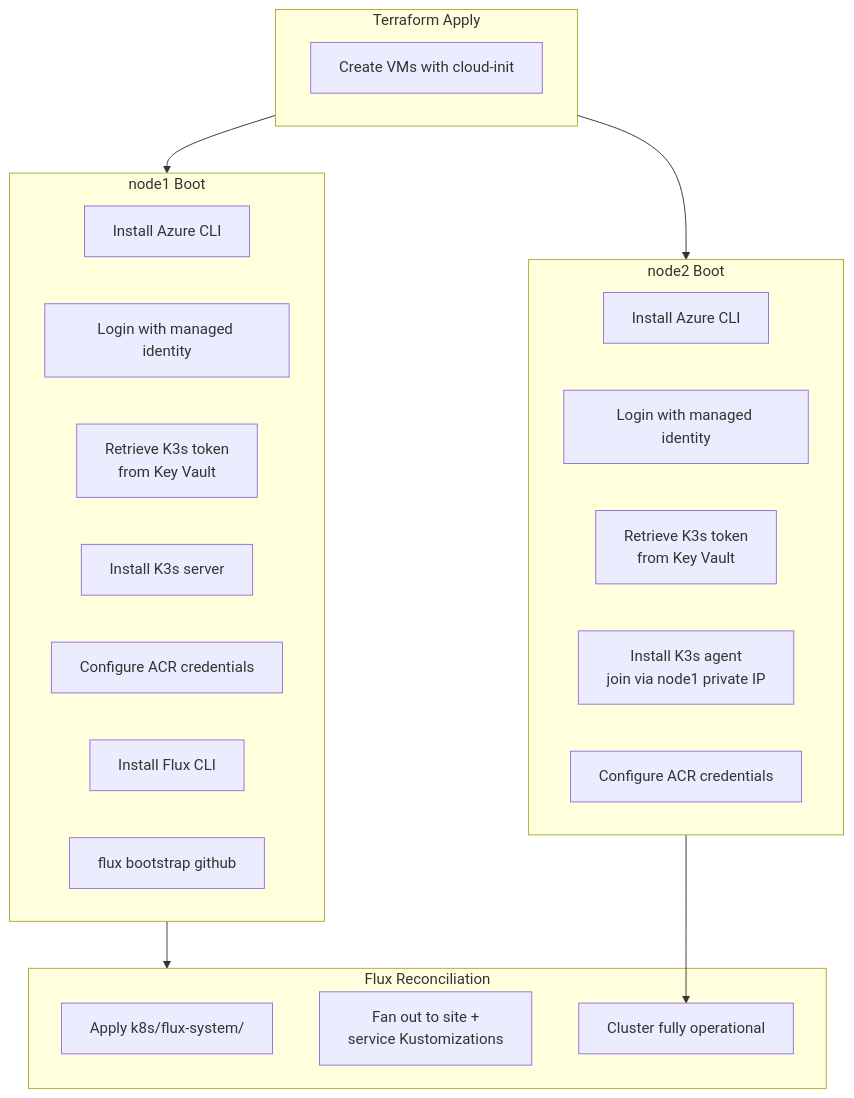
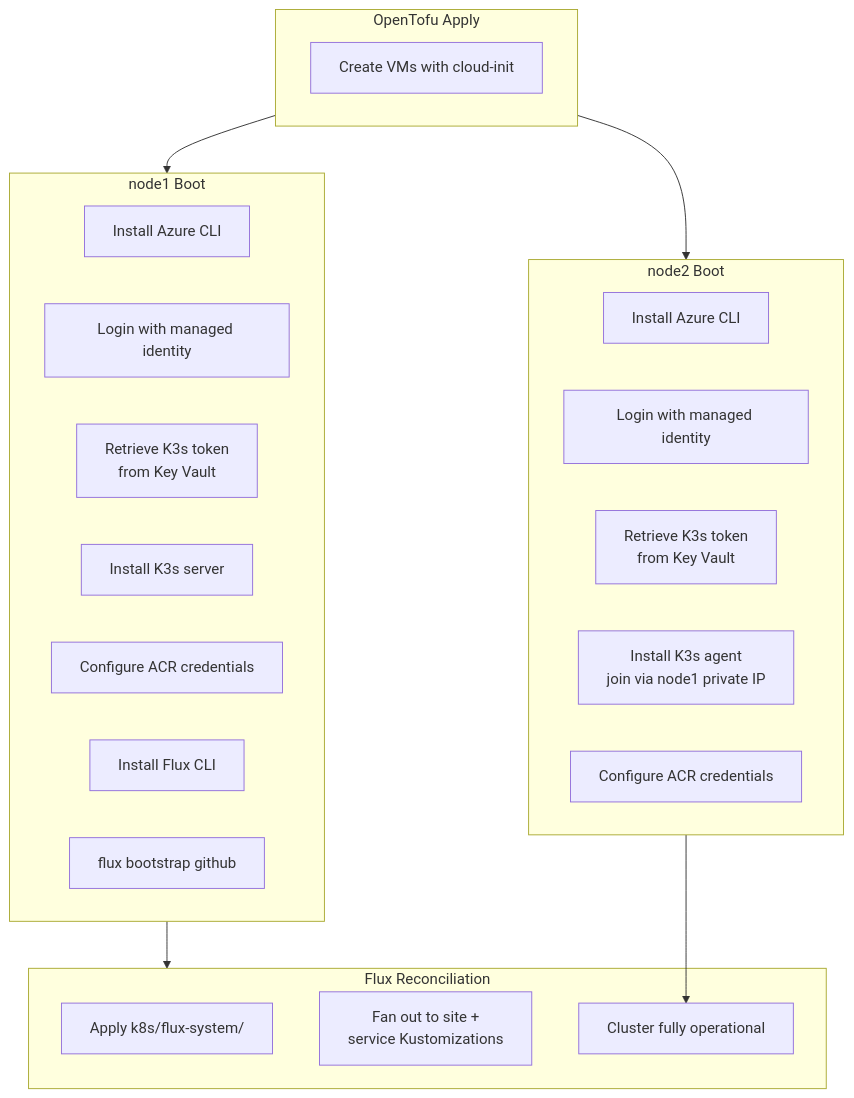
Before and after one commit to kevin-ryan-associates/kra-platform: the second of 3 diagrams in docs/k3s.md, drawn with Mermaid. The commit also changed other lines of this file and 23 other files, not shown here.

First line of the commit message:
[kra-24] Migrate Terraform to OpenTofu (ADR-025)

````diff
--- a/docs/k3s.md
+++ b/docs/k3s.md
@@ -121,34 +121,34 @@
 ```mermaid
 graph TD
-    subgraph tf["Terraform Apply"]
+    subgraph tf["OpenTofu Apply"]
         A["Create VMs with cloud-init"]
     end
 
     subgraph n1boot["node1 Boot"]
         B["Install Azure CLI"]
         C["Login with managed identity"]
         D["Retrieve K3s token<br/>from Key Vault"]
         E["Install K3s server"]
         F["Configure ACR credentials"]
         G["Install Flux CLI"]
         H["flux bootstrap github"]
     end
 
     subgraph n2boot["node2 Boot"]
         I["Install Azure CLI"]
         J["Login with managed identity"]
         K["Retrieve K3s token<br/>from Key Vault"]
         L["Install K3s agent<br/>join via node1 private IP"]
         M["Configure ACR credentials"]
     end
 
     subgraph flux["Flux Reconciliation"]
         N["Apply k8s/flux-system/"]
         O["Fan out to site +<br/>service Kustomizations"]
         P["Cluster fully operational"]
     end
 
     tf --> n1boot & n2boot
     n1boot --> flux
     n2boot --> P
 ```
````
